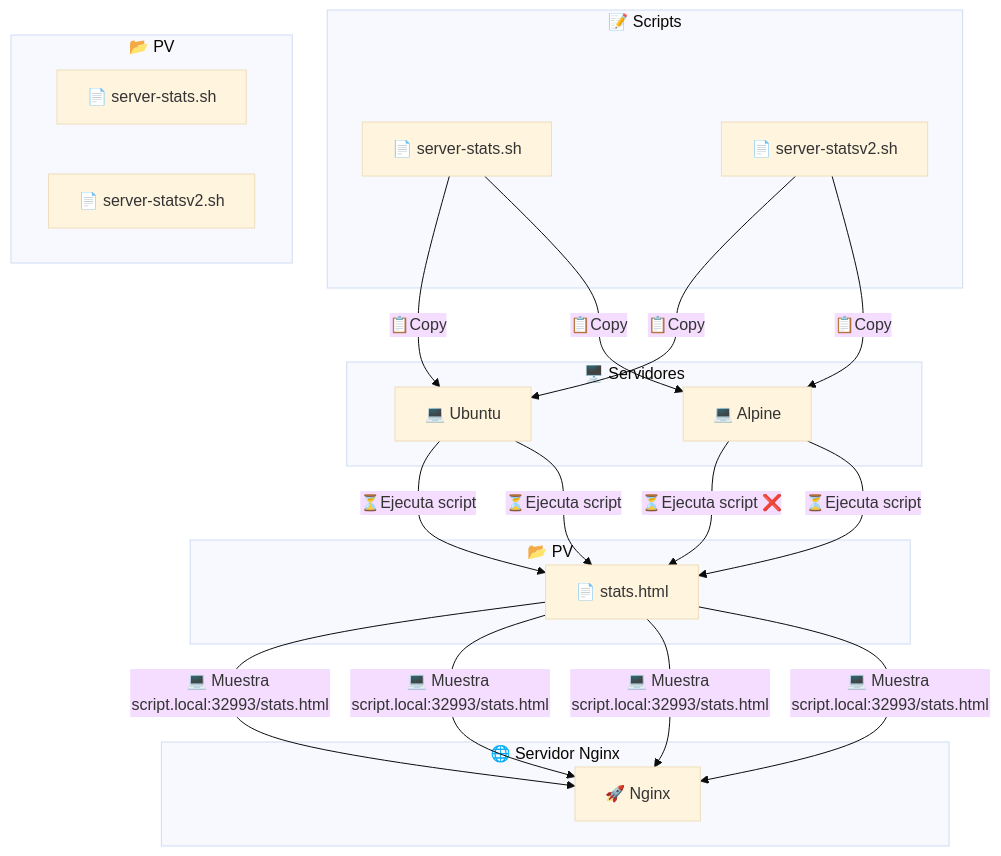
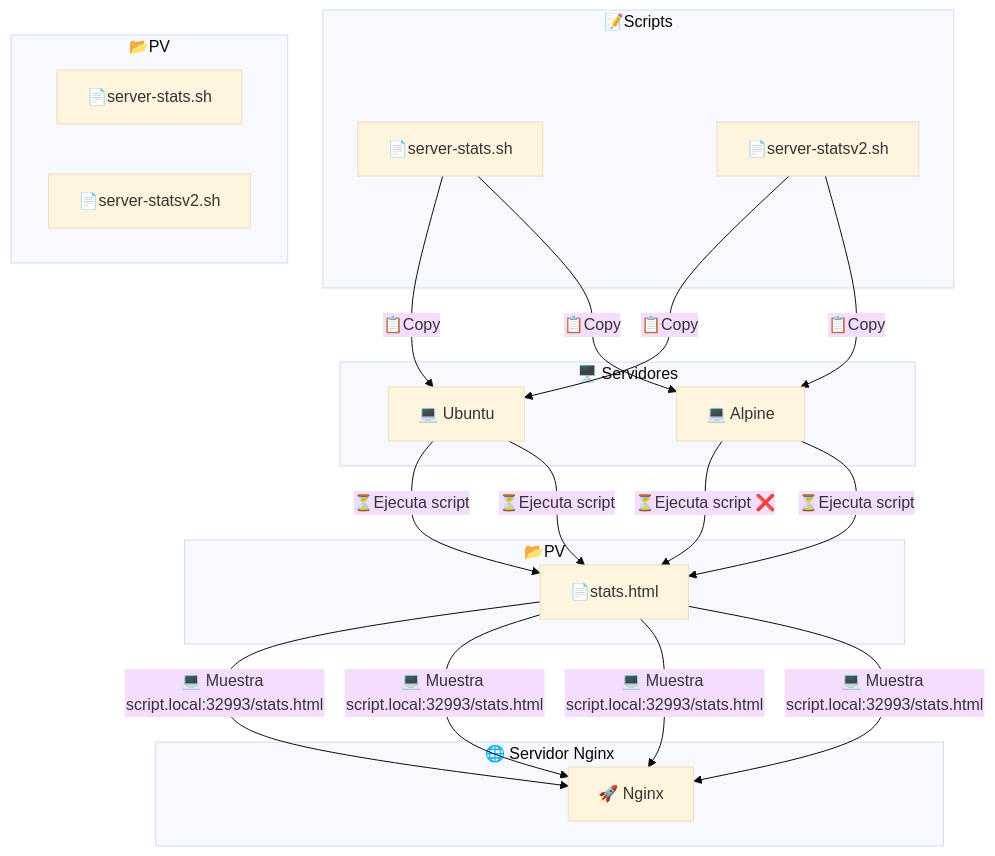
One commit to donas11/https-roadmap.sh-projects-server-stats changed the diagram in SchemeServerIdea.md. Above: the diagram before and after it, drawn with Mermaid (base theme).

Commit message:
Terraform organization

````diff
--- a/SchemeServerIdea.md
+++ b/SchemeServerIdea.md
@@ -3,43 +3,43 @@
 ```mermaid
 graph TD;
     subgraph Servidor["🖥️ Servidores"]
         S1["💻 Ubuntu"];
         S2["💻 Alpine"];
     end
 
-    subgraph Scripts[" 📝 Scripts"]
-        F1["📄 server-stats.sh "];
-        F2["📄 server-statsv2.sh "];
+    subgraph Scripts["📝Scripts"]
+        F1["📄server-stats.sh "];
+        F2["📄server-statsv2.sh "];
     end
 
-    subgraph Persist_volumen_IN[" 📂 PV"]
-        I1["📄 server-stats.sh "];
-        I2["📄 server-statsv2.sh "];
+    subgraph Persist_volumen_IN["📂PV"]
+        I1["📄server-stats.sh "];
+        I2["📄server-statsv2.sh "];
     end
 
-        subgraph Persist_volumen_out[" 📂 PV"]
-        O["📄 stats.html "];
+        subgraph Persist_volumen_out["📂PV"]
+        O["📄stats.html "];
     end
 
     subgraph Nginx_Server["🌐 Servidor Nginx"]
         N["🚀 Nginx"];
     end;
 
     F1 -->|📋Copy| S1 
     S1 -->|⏳Ejecuta script| O
     O -->|💻 Muestra script.local:32993/stats.html |N
 
     F1 -->|📋Copy| S2 
     S2 -->|⏳Ejecuta script ❌| O
     O -->|💻 Muestra script.local:32993/stats.html |N
 
     F2 -->|📋Copy| S1 
     S1 -->|⏳Ejecuta script| O
     O -->|💻 Muestra script.local:32993/stats.html |N
 
     F2 -->|📋Copy| S2 
     S2 -->|⏳Ejecuta script| O
     O -->|💻 Muestra script.local:32993/stats.html |N
 
 
 ```
````
